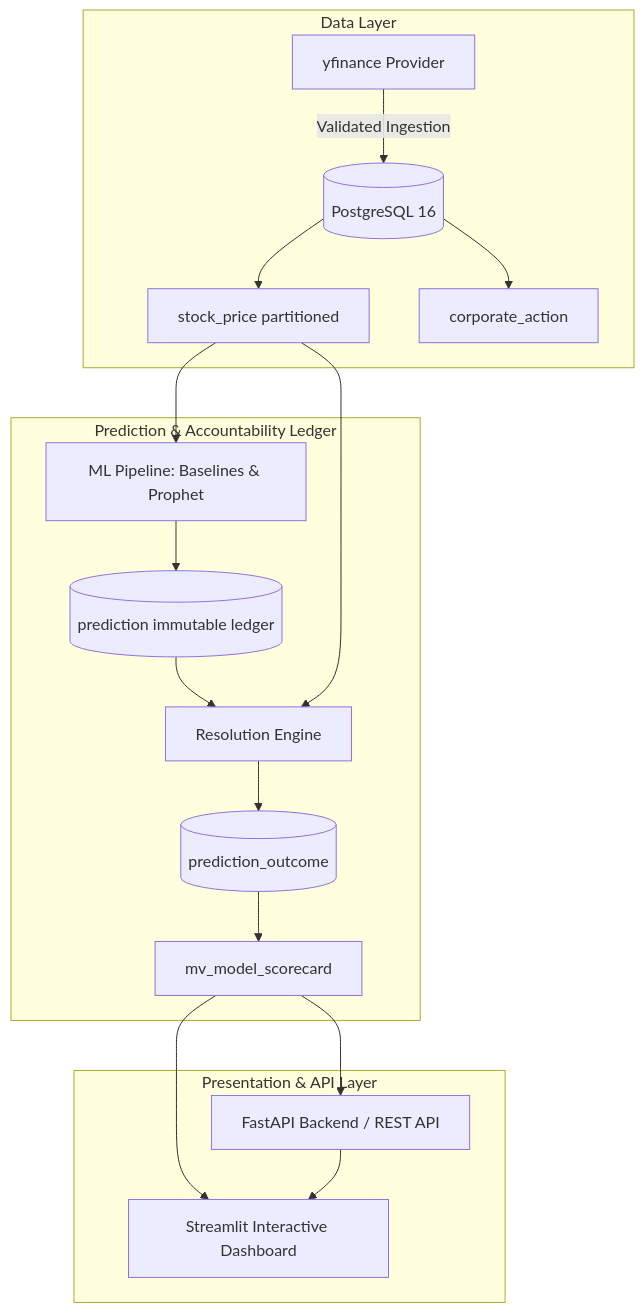
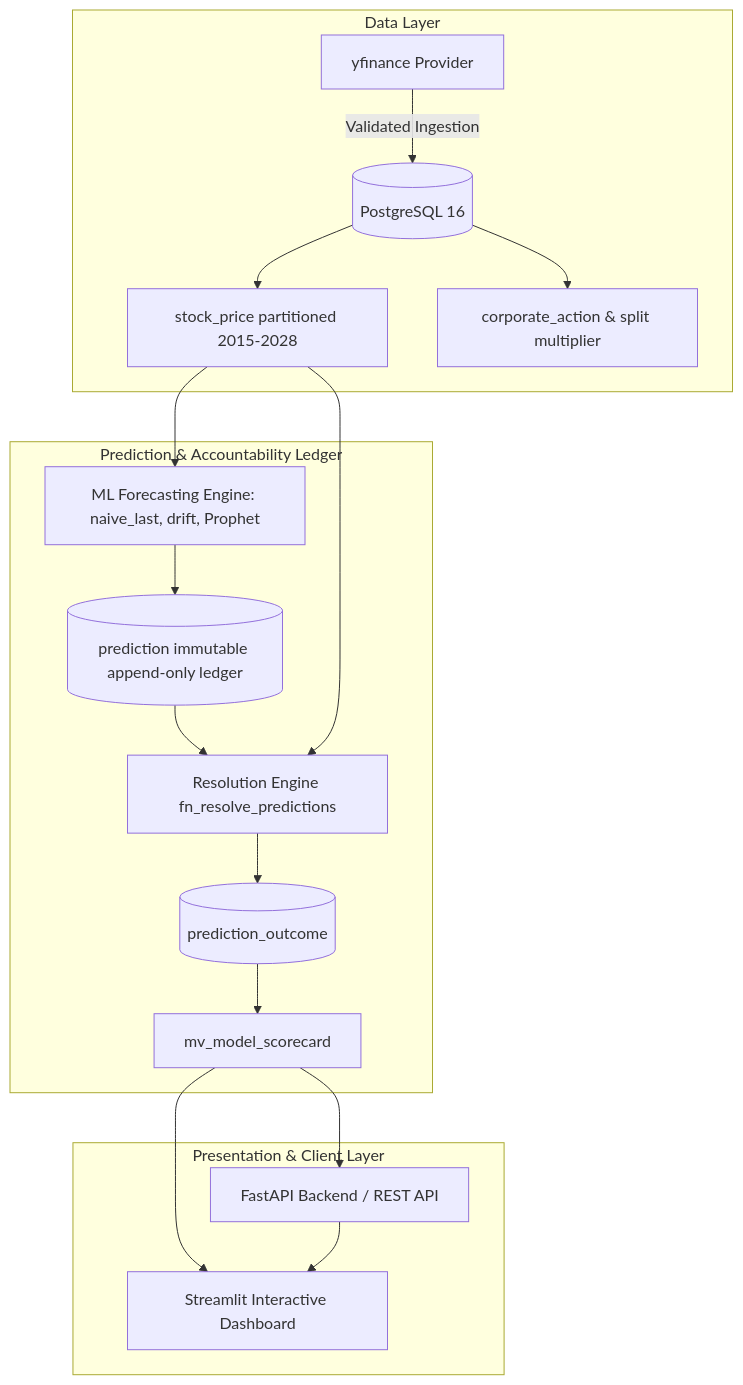
Before and after one commit to aSarkar2003/stock-predict.app: the diagram in README.md, drawn with Mermaid. The commit also changed other lines of this file and 3 other files, not shown here.

````diff
--- a/README.md
+++ b/README.md
@@ -11,23 +16,23 @@
 ```mermaid
 flowchart TD
     subgraph Data Layer
         A[yfinance Provider] -->|Validated Ingestion| B[(PostgreSQL 16)]
-        B --> C[stock_price partitioned]
-        B --> D[corporate_action]
+        B --> C[stock_price partitioned 2015-2028]
+        B --> D[corporate_action & split multiplier]
     end
 
     subgraph Prediction & Accountability Ledger
-        C --> E[ML Pipeline: Baselines & Prophet]
-        E --> F[(prediction immutable ledger)]
-        F --> G[Resolution Engine]
+        C --> E[ML Forecasting Engine: naive_last, drift, Prophet]
+        E --> F[(prediction immutable append-only ledger)]
+        F --> G[Resolution Engine fn_resolve_predictions]
         C --> G
         G --> H[(prediction_outcome)]
         H --> I[mv_model_scorecard]
     end
 
-    subgraph Presentation & API Layer
+    subgraph Presentation & Client Layer
         I --> J[FastAPI Backend / REST API]
         I --> K[Streamlit Interactive Dashboard]
         J --> K
     end
 ```
````
